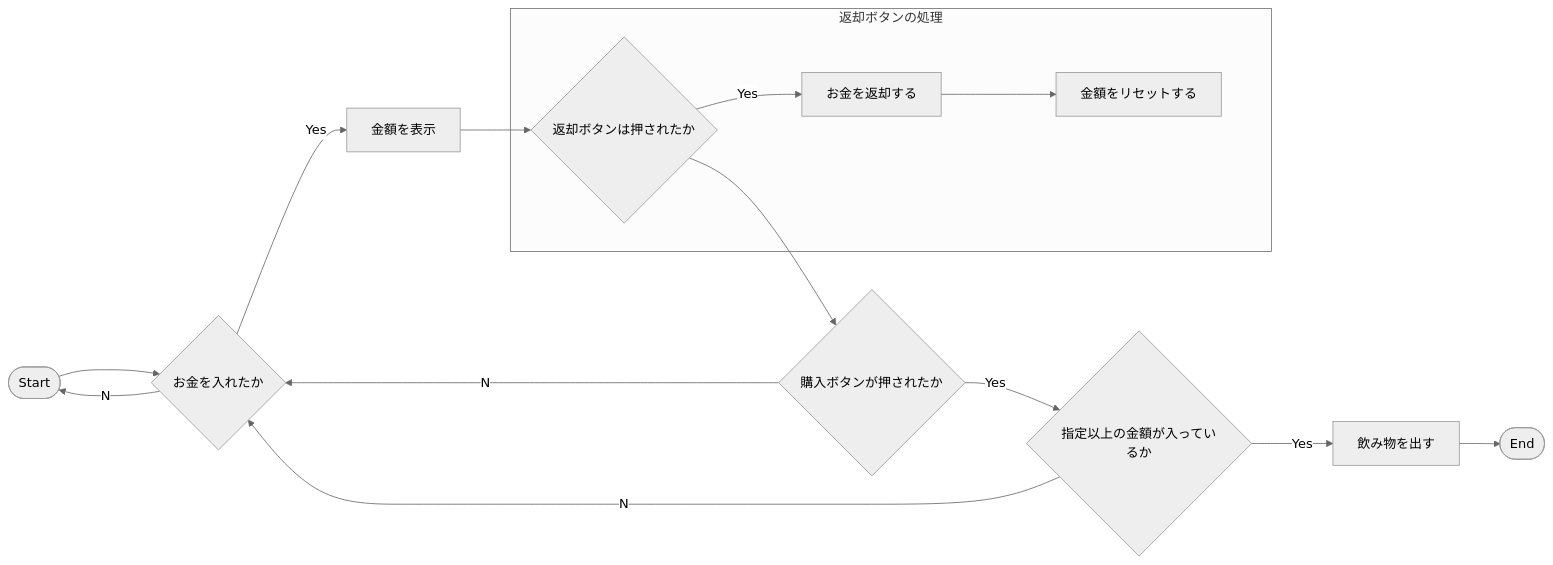
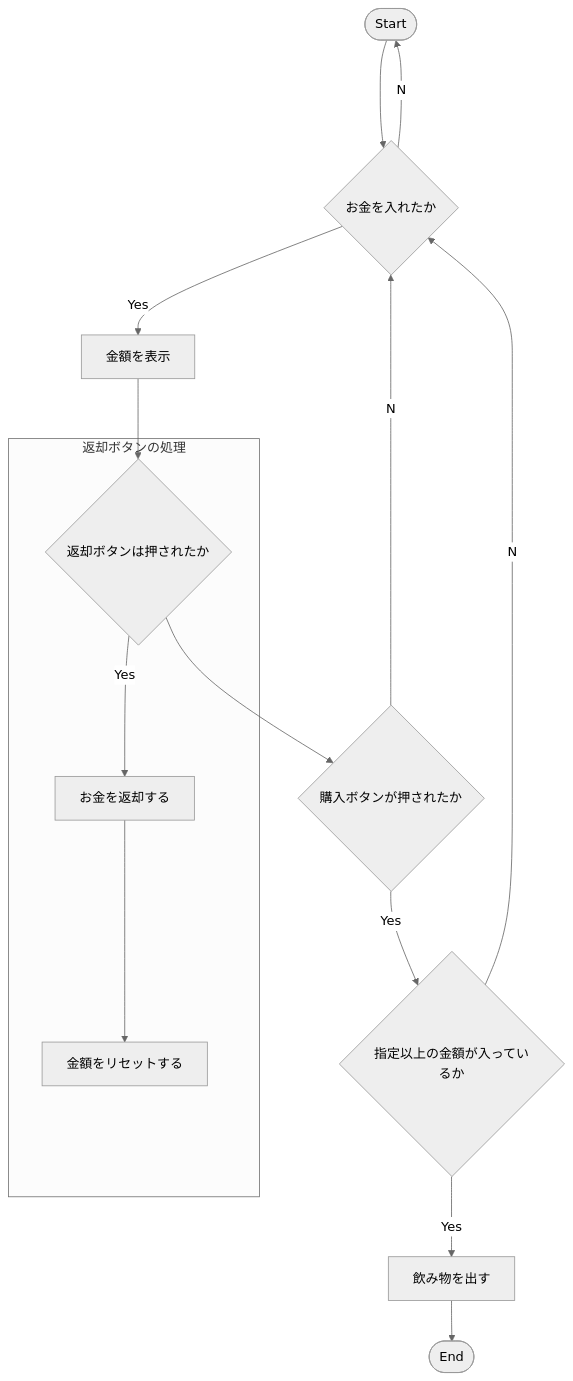
One commit to tpu-game-2022/mermaid_test changed the diagram in README.md. Above: the diagram before and after it, drawn with Mermaid (neutral theme).

Commit message:
フローチャートを変更した

````diff
--- a/README.md
+++ b/README.md
@@ -20,18 +20,18 @@
 ```mermaid
-flowchart LR
+flowchart TB
   A([Start])-->B{お金を入れたか}
   B--Yes-->C[金額を表示]
   C-->D1
   D1-->E{購入ボタンが押されたか}
   E{購入ボタンが押されたか}--Yes-->F{指定以上の金額が入っているか}
   F--Yes-->G[飲み物を出す]
   G-->H([End])
   B--No-->A
   E--No-->B
   F--No-->B
     subgraph 返却ボタンの処理
     D1{返却ボタンは押されたか}--Yes-->D2[お金を返却する]
     D2-->D3[金額をリセットする]
     end
 
 ```
````
